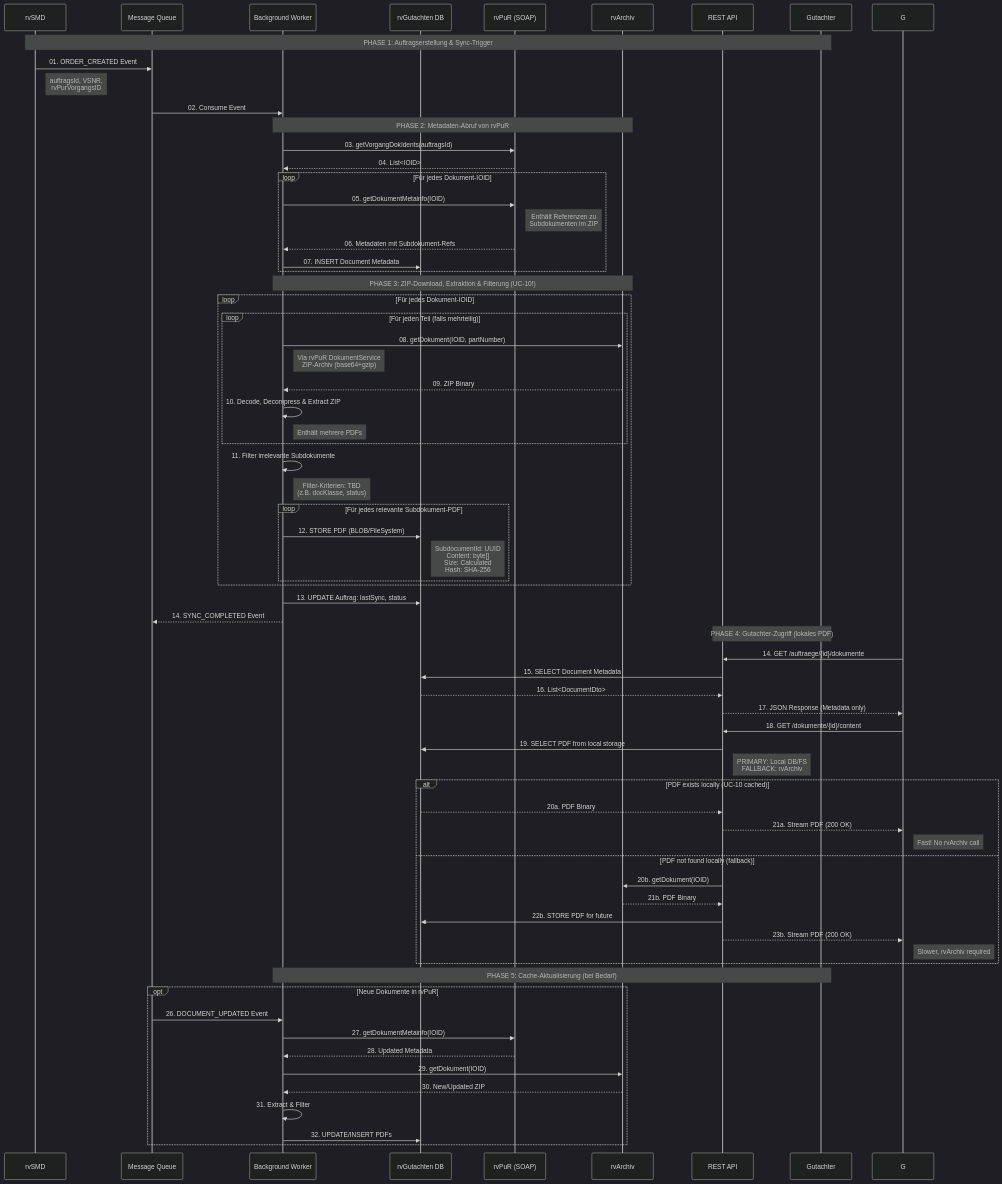
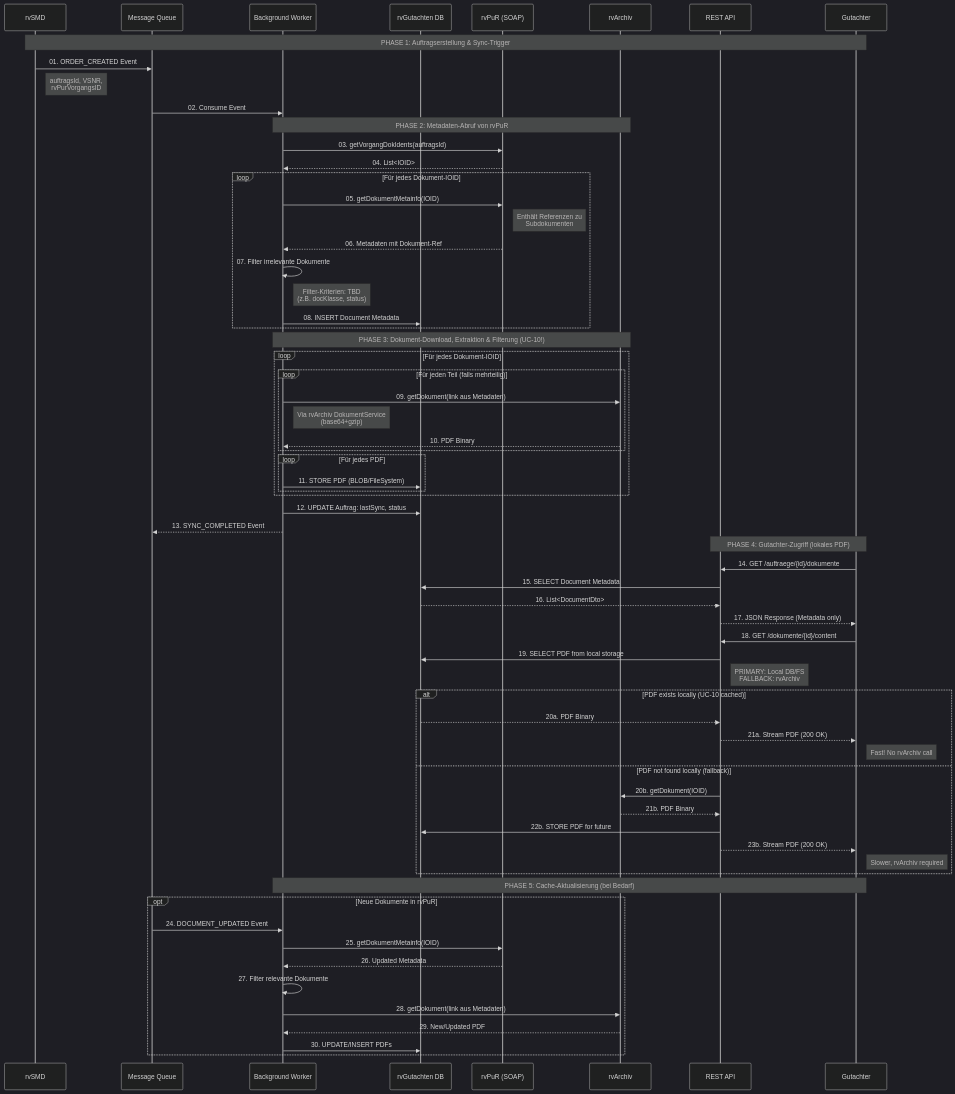
One commit to megadur/QARvGut changed the first of 2 diagrams in docs/UseCases/UC-10_Automatisches_PDF_Caching.md. Above: the diagram before and after it, drawn with Mermaid (dark theme). The commit also changed other lines of this file, not shown here.

````diff
--- a/docs/UseCases/UC-10_Automatisches_PDF_Caching.md
+++ b/docs/UseCases/UC-10_Automatisches_PDF_Caching.md
@@ -35,74 +35,70 @@
     SMD->>MQ: 01. ORDER_CREATED Event
     Note right of SMD: auftragsId, VSNR,<br/>rvPurVorgangsID
     MQ->>BG: 02. Consume Event
-    
+   
     Note over BG,ARC: PHASE 2: Metadaten-Abruf von rvPuR
 
     BG->>PUR: 03. getVorgangDokIdents(auftragsId)
     PUR-->>BG: 04. List<IOID>
-    
+   
     loop Für jedes Dokument-IOID
         BG->>PUR: 05. getDokumentMetainfo(IOID)
-        Note right of PUR: Enthält Referenzen zu<br/>Subdokumenten im ZIP
-        PUR-->>BG: 06. Metadaten mit Subdokument-Refs
-        BG->>DB: 07. INSERT Document Metadata
+        Note right of PUR: Enthält Referenzen zu<br/>Subdokumenten
+        PUR-->>BG: 06. Metadaten mit Dokument-Ref
+        BG->>BG: 07. Filter irrelevante Dokumente
+        Note right of BG: Filter-Kriterien: TBD<br/>(z.B. docKlasse, status)
+        BG->>DB: 08. INSERT Document Metadata
     end
 
-    Note over BG,ARC: PHASE 3: ZIP-Download, Extraktion & Filterung (UC-10!)
+    Note over BG,ARC: PHASE 3: Dokument-Download, Extraktion & Filterung (UC-10!)
 
     loop Für jedes Dokument-IOID
         loop Für jeden Teil (falls mehrteilig)
-            BG->>ARC: 08. getDokument(IOID, partNumber)
-            Note right of BG: Via rvPuR DokumentService<br/>ZIP-Archiv (base64+gzip)
-            ARC-->>BG: 09. ZIP Binary
-            BG->>BG: 10. Decode, Decompress & Extract ZIP
-            Note right of BG: Enthält mehrere PDFs
-        end
-        
-        BG->>BG: 11. Filter irrelevante Subdokumente
-        Note right of BG: Filter-Kriterien: TBD<br/>(z.B. docKlasse, status)
-        
-        loop Für jedes relevante Subdokument-PDF
-            BG->>DB: 12. STORE PDF (BLOB/FileSystem)
-            Note right of DB: SubdocumentId: UUID<br/>Content: byte[]<br/>Size: Calculated<br/>Hash: SHA-256
+            BG->>ARC: 09. getDokument(link aus Metadaten)
+            Note right of BG: Via rvArchiv DokumentService<br/>(base64+gzip)
+            ARC-->>BG: 10. PDF Binary            
+        end      
+       
+        loop Für jedes PDF
+            BG->>DB: 11. STORE PDF (BLOB/FileSystem)            
         end
     end
 
-    BG->>DB: 13. UPDATE Auftrag: lastSync, status
-    BG-->>MQ: 14. SYNC_COMPLETED Event
+    BG->>DB: 12. UPDATE Auftrag: lastSync, status
+    BG-->>MQ: 13. SYNC_COMPLETED Event
 
     Note over API,GUT: PHASE 4: Gutachter-Zugriff (lokales PDF)
 
-    G->>API: 14. GET /auftraege/{id}/dokumente
+    GUT->>API: 14. GET /auftraege/{id}/dokumente
     API->>DB: 15. SELECT Document Metadata
     DB-->>API: 16. List<DocumentDto>
-    API-->>G: 17. JSON Response (Metadata only)
+    API-->>GUT: 17. JSON Response (Metadata only)
 
-    G->>API: 18. GET /dokumente/{id}/content
+    GUT->>API: 18. GET /dokumente/{id}/content
     API->>DB: 19. SELECT PDF from local storage
     Note right of API: PRIMARY: Local DB/FS<br/>FALLBACK: rvArchiv
-    
+   
     alt PDF exists locally (UC-10 cached)
         DB-->>API: 20a. PDF Binary
-        API-->>G: 21a. Stream PDF (200 OK)
-        Note right of G: Fast! No rvArchiv call
+        API-->>GUT: 21a. Stream PDF (200 OK)
+        Note right of GUT: Fast! No rvArchiv call
     else PDF not found locally (fallback)
         API->>ARC: 20b. getDokument(IOID)
         ARC-->>API: 21b. PDF Binary
         API->>DB: 22b. STORE PDF for future
-        API-->>G: 23b. Stream PDF (200 OK)
-        Note right of G: Slower, rvArchiv required
+        API-->>GUT: 23b. Stream PDF (200 OK)
+        Note right of GUT: Slower, rvArchiv required
     end
 
     Note over BG,GUT: PHASE 5: Cache-Aktualisierung (bei Bedarf)
 
     opt Neue Dokumente in rvPuR
-        MQ->>BG: 26. DOCUMENT_UPDATED Event
-        BG->>PUR: 27. getDokumentMetainfo(IOID)
-        PUR-->>BG: 28. Updated Metadata
-        BG->>ARC: 29. getDokument(IOID)
-        ARC-->>BG: 30. New/Updated ZIP
-        BG->>BG: 31. Extract & Filter
-        BG->>DB: 32. UPDATE/INSERT PDFs
+        MQ->>BG: 24. DOCUMENT_UPDATED Event
+        BG->>PUR: 25. getDokumentMetainfo(IOID)
+        PUR-->>BG: 26. Updated Metadata
+        BG->>BG: 27. Filter relevante Dokumente
+        BG->>ARC: 28. getDokument(link aus Metadaten)
+        ARC-->>BG: 29. New/Updated PDF
+        BG->>DB: 30. UPDATE/INSERT PDFs
     end
 ```
````
